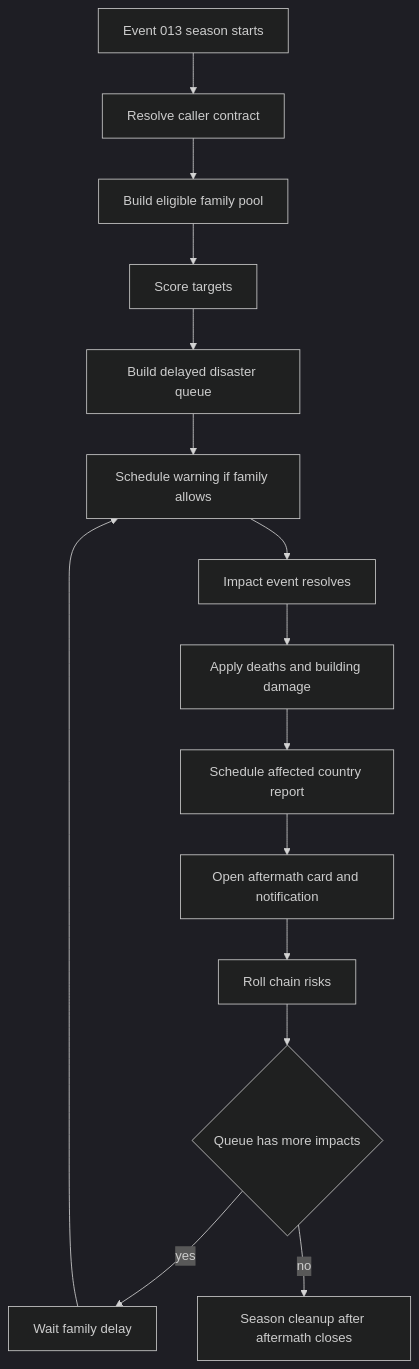
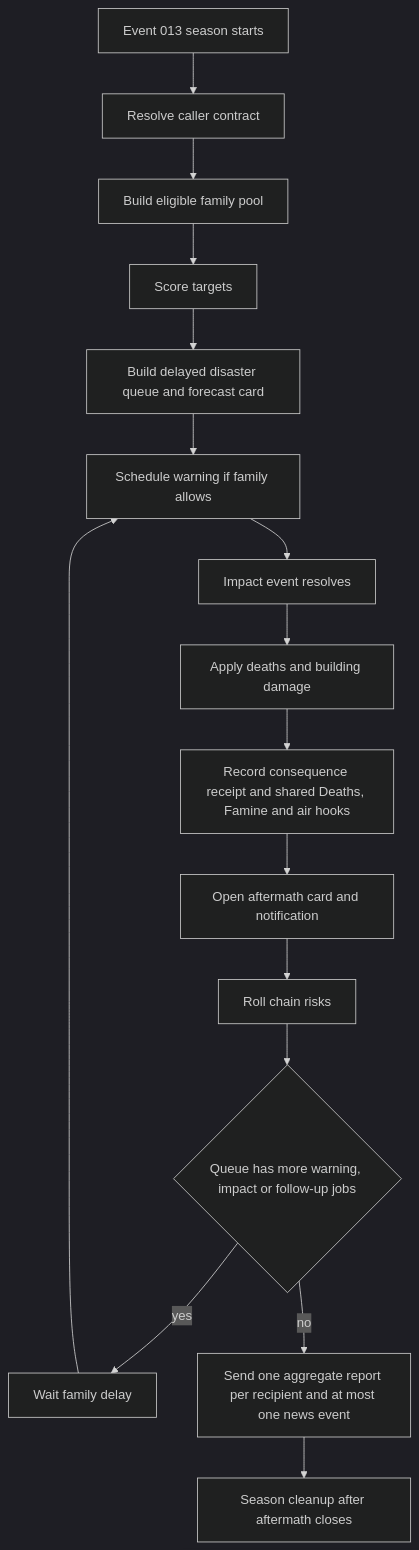
Before and after one commit to klimPaskov/Chaos-Redux: the diagram in docs/specs/013_natural_disasters_specs/diagrams/013_disaster_controller_flow.mmd, drawn with Mermaid (dark theme). The commit also changed 32 other files, not shown here.

```diff
--- a/docs/specs/013_natural_disasters_specs/diagrams/013_disaster_controller_flow.mmd
+++ b/docs/specs/013_natural_disasters_specs/diagrams/013_disaster_controller_flow.mmd
@@ -1,15 +1,16 @@
 flowchart TD
     A[Event 013 season starts] --> B[Resolve caller contract]
     B --> C[Build eligible family pool]
     C --> D[Score targets]
-    D --> E[Build delayed disaster queue]
+    D --> E[Build delayed disaster queue and forecast card]
     E --> F[Schedule warning if family allows]
     F --> G[Impact event resolves]
     G --> H[Apply deaths and building damage]
-    H --> I[Schedule affected country report]
+    H --> I[Record consequence receipt and shared Deaths, Famine and air hooks]
     I --> J[Open aftermath card and notification]
     J --> K[Roll chain risks]
-    K --> L{Queue has more impacts}
+    K --> L{Queue has more warning, impact or follow-up jobs}
     L -->|yes| M[Wait family delay]
     M --> F
-    L -->|no| N[Season cleanup after aftermath closes]
+    L -->|no| N[Send one aggregate report per recipient and at most one news event]
+    N --> O[Season cleanup after aftermath closes]
```
